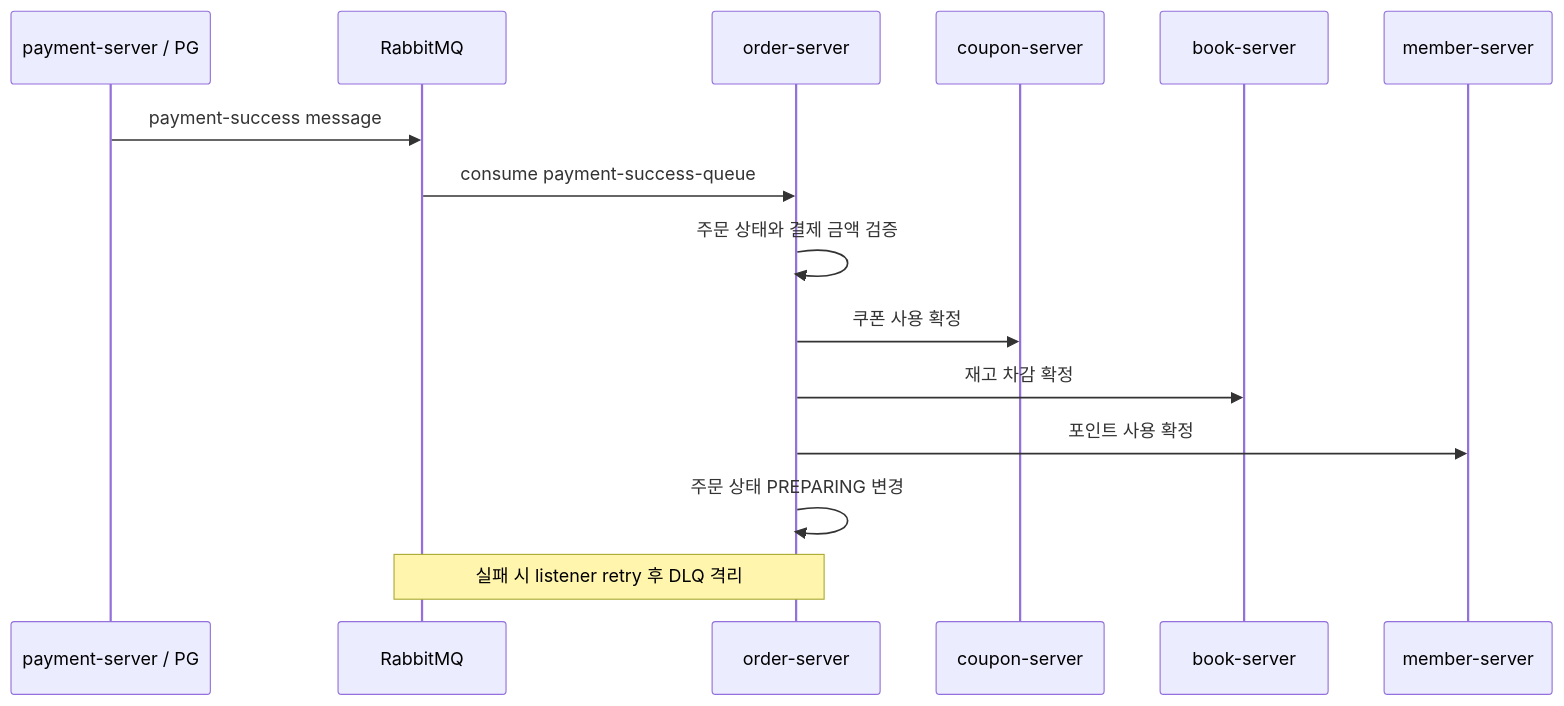
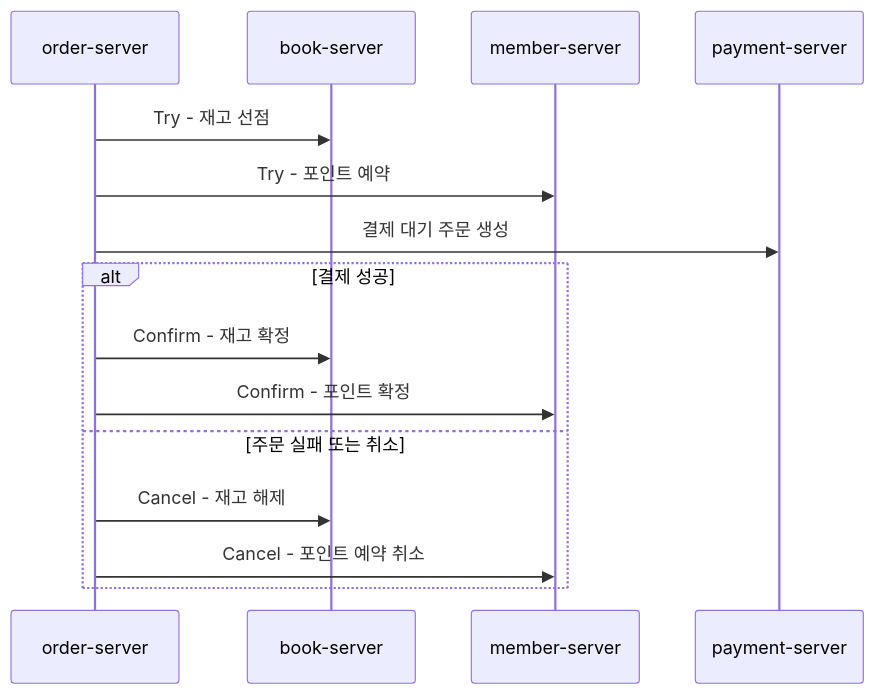
Before and after one commit to Sungw0o/HighFivebooks-V2: the second of 3 diagrams in README.md, drawn with Mermaid. The commit also changed other lines of this file and 1 other file, not shown here.

````diff
--- a/README.md
+++ b/README.md
@@ -181,18 +77,18 @@
 ```mermaid
 sequenceDiagram
-    participant PG as payment-server / PG
-    participant MQ as RabbitMQ
     participant O as order-server
-    participant CP as coupon-server
     participant B as book-server
     participant M as member-server
+    participant P as payment-server
 
-    PG->>MQ: payment-success message
-    MQ->>O: consume payment-success-queue
-    O->>O: 주문 상태와 결제 금액 검증
-    O->>CP: 쿠폰 사용 확정
-    O->>B: 재고 차감 확정
-    O->>M: 포인트 사용 확정
-    O->>O: 주문 상태 PREPARING 변경
-    Note over MQ,O: 실패 시 listener retry 후 DLQ 격리
+    O->>B: Try - 재고 선점
+    O->>M: Try - 포인트 예약
+    O->>P: 결제 대기 주문 생성
+    alt 결제 성공
+        O->>B: Confirm - 재고 확정
+        O->>M: Confirm - 포인트 확정
+    else 주문 실패 또는 취소
+        O->>B: Cancel - 재고 해제
+        O->>M: Cancel - 포인트 예약 취소
+    end
 ```
````
